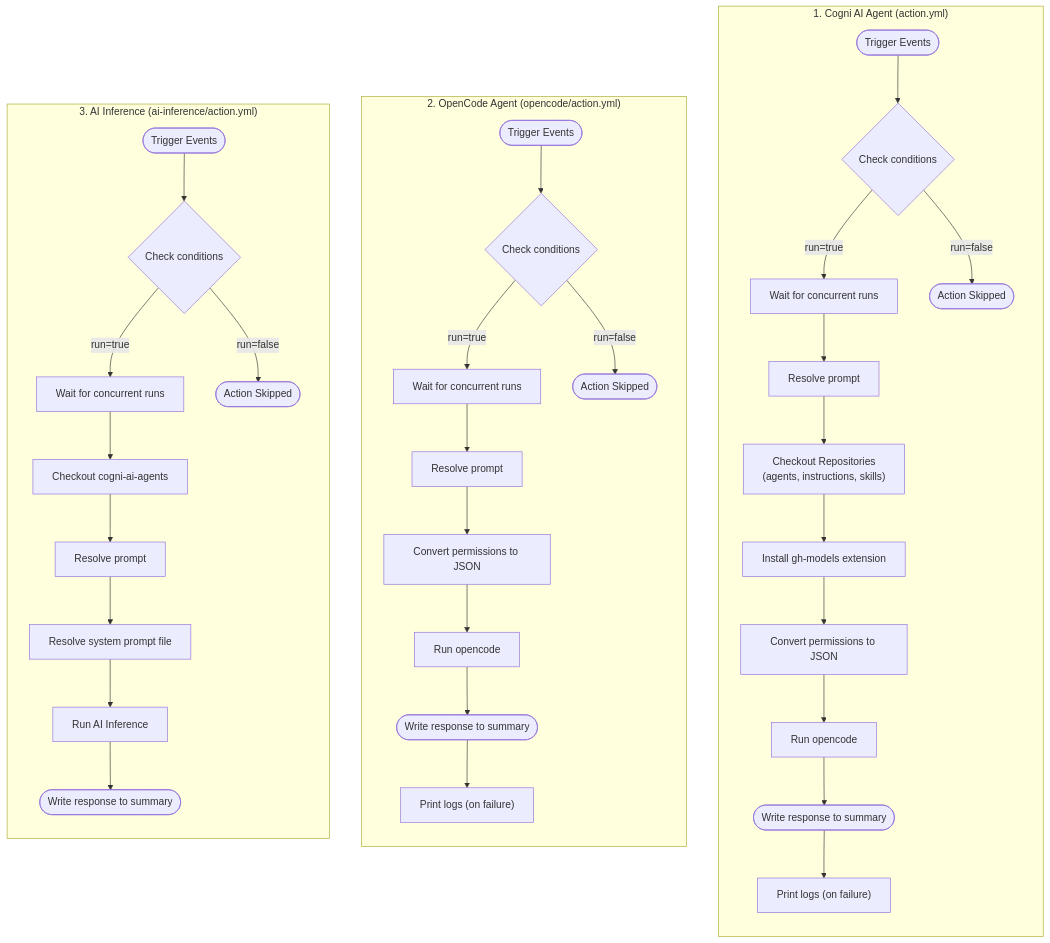
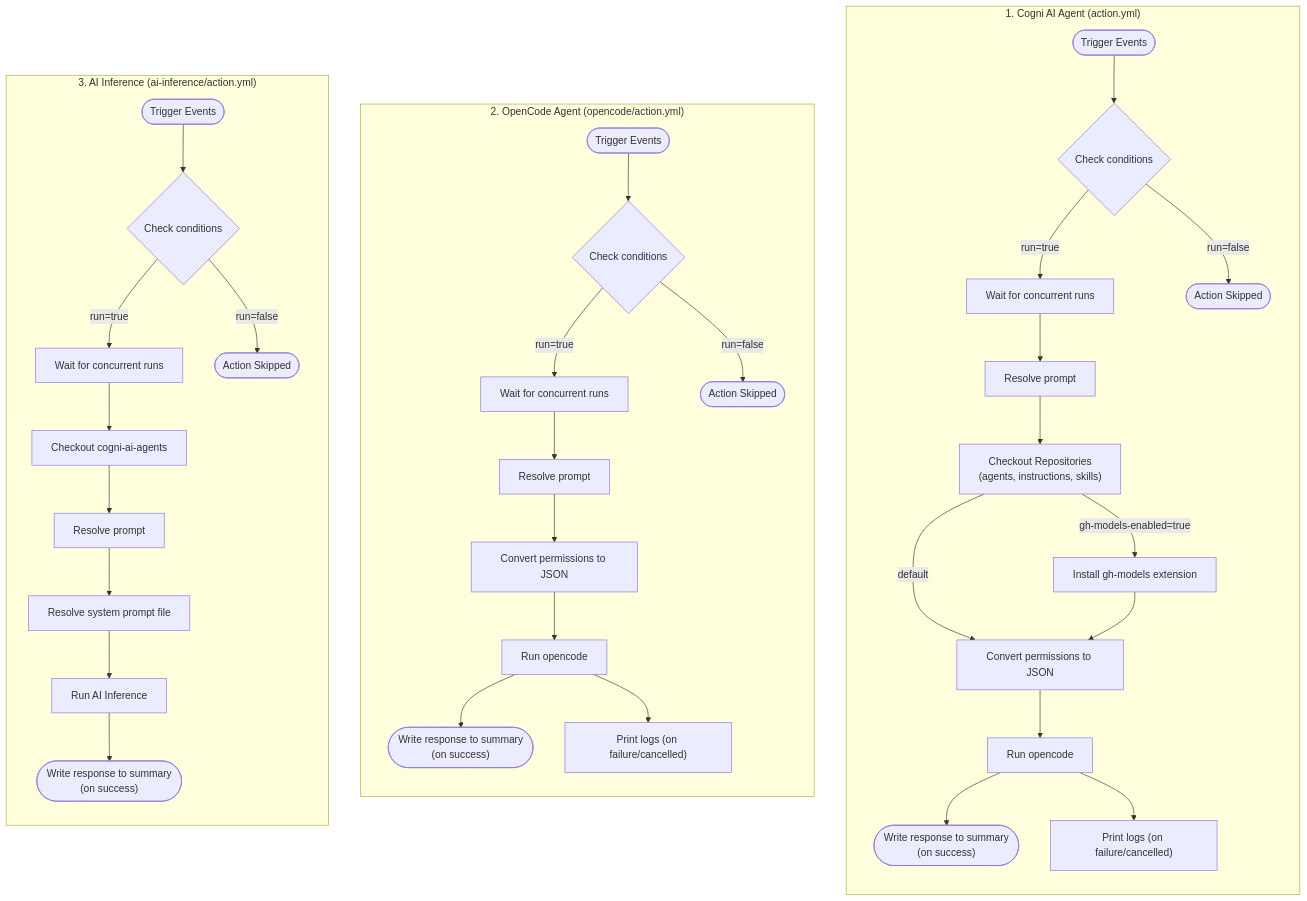
Before and after one commit to Cogni-AI-OU/cogni-ai-agent-action: the diagram in FLOWS.mmd, drawn with Mermaid.

Commit message:
Update FLOWS.mmd and resolve PR comments

```diff
--- a/FLOWS.mmd
+++ b/FLOWS.mmd
@@ -1,52 +1,55 @@
 flowchart TD
     %% --------------------------------------------------------
     %% 1. Cogni AI Agent (action.yml)
     %% --------------------------------------------------------
     subgraph Flow_Cogni_AI_Agent ["1. Cogni AI Agent (action.yml)"]
         direction TB
         A1([Trigger Events]) --> A2{Check conditions}
         A2 -- "run=true" --> A3["Wait for concurrent runs"]
         A2 -- "run=false" --> A_EndSkip([Action Skipped])
         
         A3 --> A4["Resolve prompt"]
         A4 --> A5["Checkout Repositories<br/>(agents, instructions, skills)"]
-        A5 --> A6["Install gh-models extension"]
-        A6 --> A7["Convert permissions to JSON"]
+        
+        A5 -- "gh-models-enabled=true" --> A6["Install gh-models extension"]
+        A5 -- "default" --> A7["Convert permissions to JSON"]
+        A6 --> A7
+        
         A7 --> A8["Run opencode"]
-        A8 --> A9(["Write response to summary"])
         
-        A9 --> A10["Print logs (on failure)"]
+        A8 --> A9(["Write response to summary<br/>(on success)"])
+        A8 --> A10["Print logs (on failure/cancelled)"]
     end
 
     %% --------------------------------------------------------
     %% 2. OpenCode Agent (opencode/action.yml)
     %% --------------------------------------------------------
     subgraph Flow_OpenCode_Agent ["2. OpenCode Agent (opencode/action.yml)"]
         direction TB
         O1([Trigger Events]) --> O2{Check conditions}
         O2 -- "run=true" --> O3["Wait for concurrent runs"]
         O2 -- "run=false" --> O_EndSkip([Action Skipped])
         
         O3 --> O4["Resolve prompt"]
         O4 --> O5["Convert permissions to JSON"]
         O5 --> O6["Run opencode"]
-        O6 --> O7(["Write response to summary"])
         
-        O7 --> O8["Print logs (on failure)"]
+        O6 --> O7(["Write response to summary<br/>(on success)"])
+        O6 --> O8["Print logs (on failure/cancelled)"]
     end
 
     %% --------------------------------------------------------
     %% 3. AI Inference (ai-inference/action.yml)
     %% --------------------------------------------------------
     subgraph Flow_AI_Inference ["3. AI Inference (ai-inference/action.yml)"]
         direction TB
         I1([Trigger Events]) --> I2{Check conditions}
         I2 -- "run=true" --> I3["Wait for concurrent runs"]
         I2 -- "run=false" --> I_EndSkip([Action Skipped])
         
         I3 --> I4["Checkout cogni-ai-agents"]
         I4 --> I5["Resolve prompt"]
         I5 --> I6["Resolve system prompt file"]
         I6 --> I7["Run AI Inference"]
-        I7 --> I8(["Write response to summary"])
+        I7 --> I8(["Write response to summary<br/>(on success)"])
     end
```
